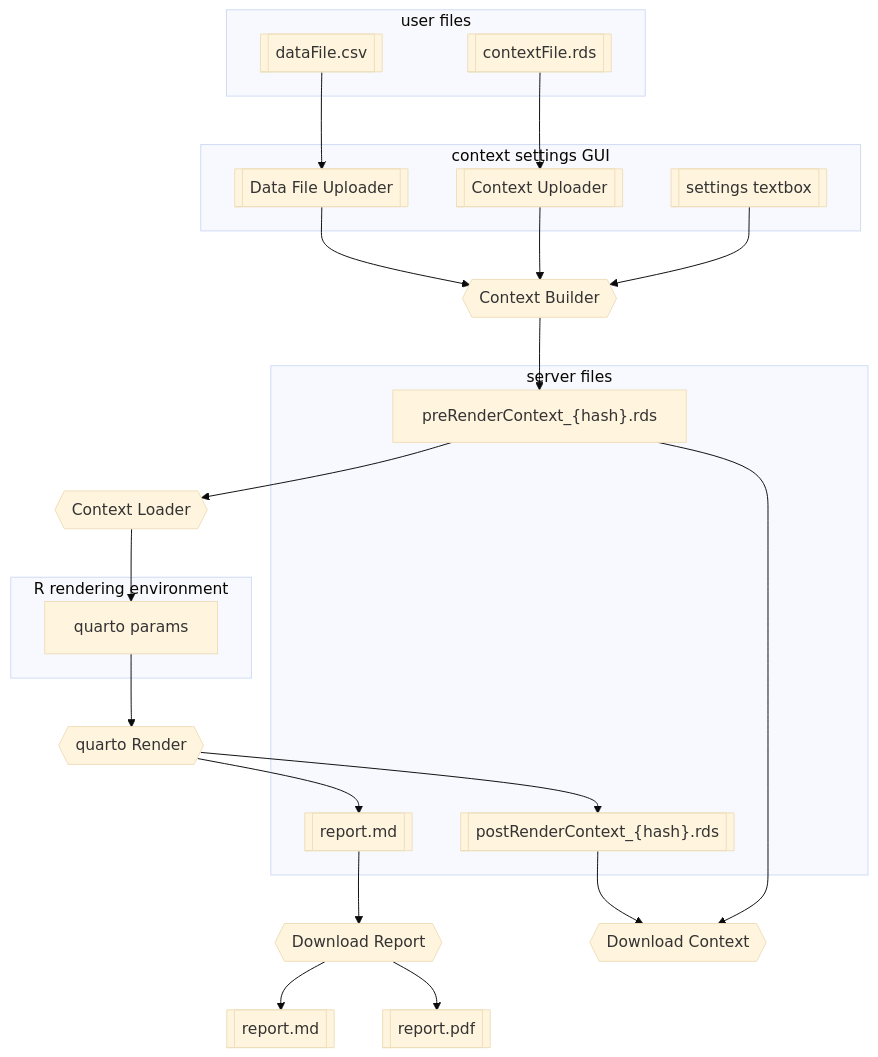
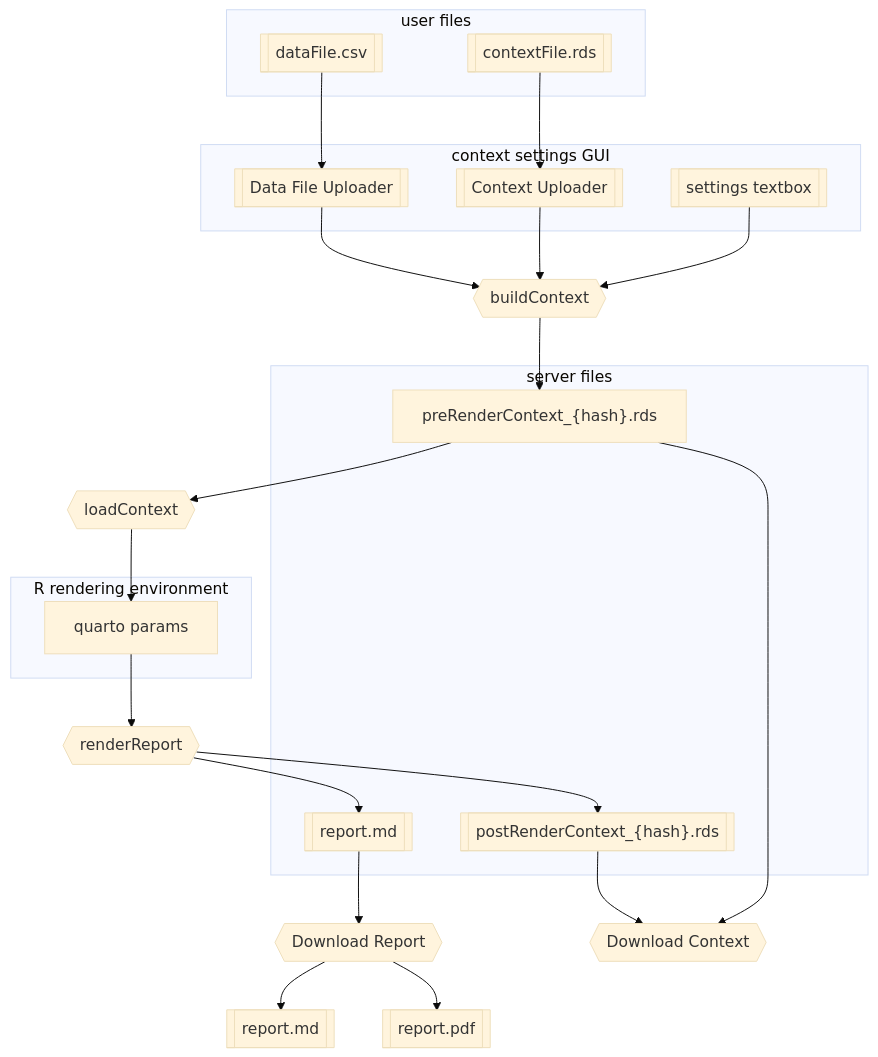
The second of 2 diagrams in README.md (phytoclass/phytoclass-shiny-gui), drawn with Mermaid (base theme) before and after one commit.

Commit message:
update graph fn names to match code

````diff
--- a/README.md
+++ b/README.md
@@ -82,48 +82,48 @@
 ```mermaid
 graph TD
 
-contextBuilder{{Context Builder}}
-contextLoader{{Context Loader}}
-quartoRender{{quarto Render}}
+contextBuilder{{buildContext}}
+contextLoader{{loadContext}}
+quartoRender{{renderReport}}
 
 subgraph user files
   userContextFile[["contextFile.rds"]]
   userDataFile[["dataFile.csv"]]
 end
 
 subgraph context settings GUI
   settingsText[["settings textbox"]]
   contextUploader[["Context Uploader"]]
   fileUploader[["Data File Uploader"]]
 end
 
 userDataFile --> fileUploader --> contextBuilder
 userContextFile --> contextUploader --> contextBuilder
 settingsText --> contextBuilder
 
 subgraph R rendering environment
   quartoParams["quarto params"]
 end
 
 subgraph server files
   preRenderContext["preRenderContext_{hash}.rds"]
   postRenderContext[["postRenderContext_{hash}.rds"]]
   report[["report.md"]]
 end
 
 contextBuilder --> preRenderContext
 
 preRenderContext --> contextLoader --> quartoParams
 
 quartoParams --> 
   quartoRender --> postRenderContext
   quartoRender --> report
 
 report --> downloadReport{{"Download Report"}} 
   downloadReport --> reportmd[["report.md"]]
   downloadReport --> reportpdf[["report.pdf"]]
 
 downloadContext{{"Download Context"}}
 postRenderContext --> downloadContext
 preRenderContext --> downloadContext
 ```
````
